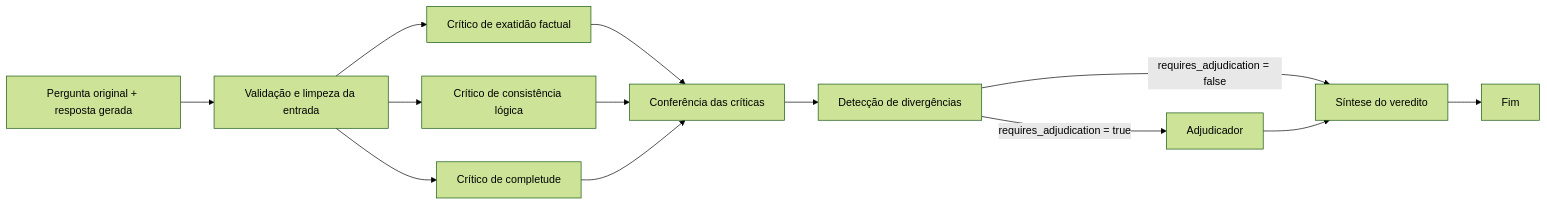
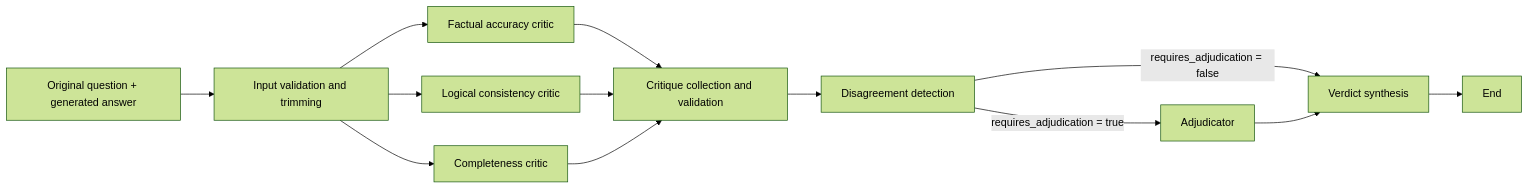
One commit to carlosEA28/LLM-Output-Arbitration-System changed the diagram in README.md. Above: the diagram before and after it, drawn with Mermaid (forest theme). The commit also changed other lines of this file, not shown here.

Commit message:
fix: update README to improve clarity and consistency in English, correcting translations and enhancing section headings

````diff
--- a/README.md
+++ b/README.md
@@ -9,15 +9,15 @@
 ```mermaid
 flowchart LR
-    A["Pergunta original + resposta gerada"] --> B[Validação e limpeza da entrada]
-    B --> C[Crítico de exatidão factual]
-    B --> D[Crítico de consistência lógica]
-    B --> E[Crítico de completude]
-    C --> F[Conferência das críticas]
+    A["Original question + generated answer"] --> B[Input validation and trimming]
+    B --> C[Factual accuracy critic]
+    B --> D[Logical consistency critic]
+    B --> E[Completeness critic]
+    C --> F[Critique collection and validation]
     D --> F
     E --> F
-    F --> G[Detecção de divergências]
-    G -->|requires_adjudication = true| H[Adjudicador]
-    G -->|requires_adjudication = false| I[Síntese do veredito]
+    F --> G[Disagreement detection]
+    G -->|requires_adjudication = true| H[Adjudicator]
+    G -->|requires_adjudication = false| I[Verdict synthesis]
     H --> I
-    I --> J[Fim]
+    I --> J[End]
 ```
````
